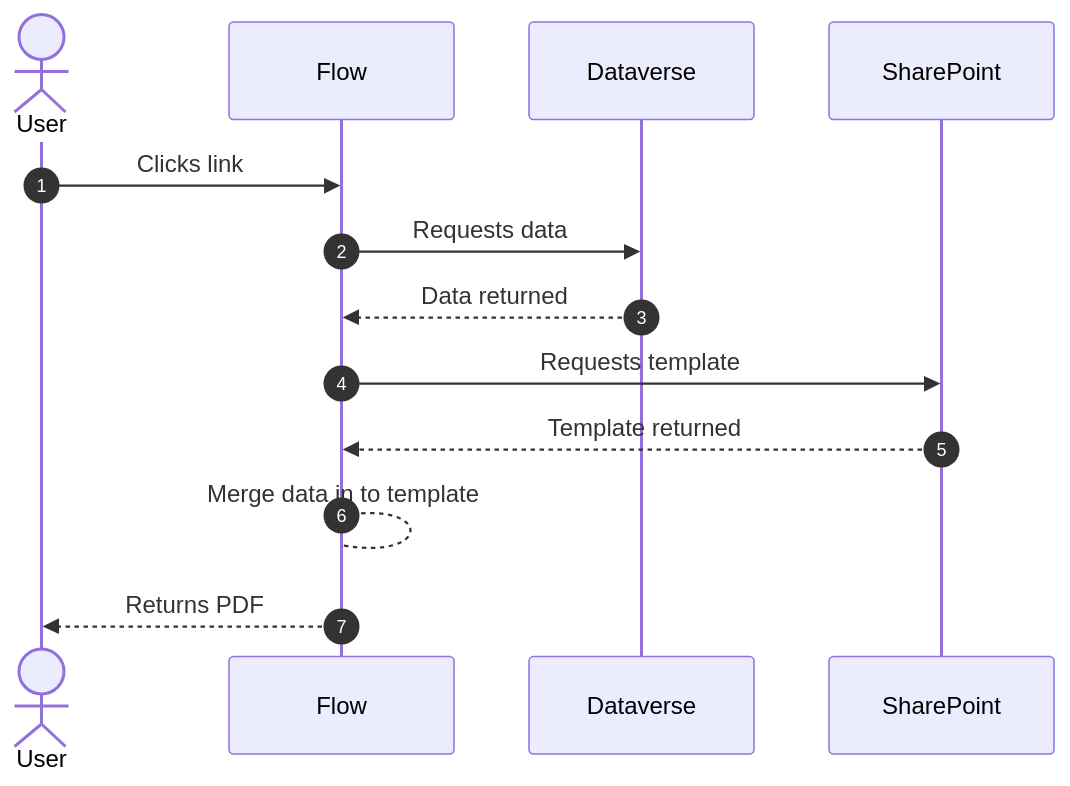
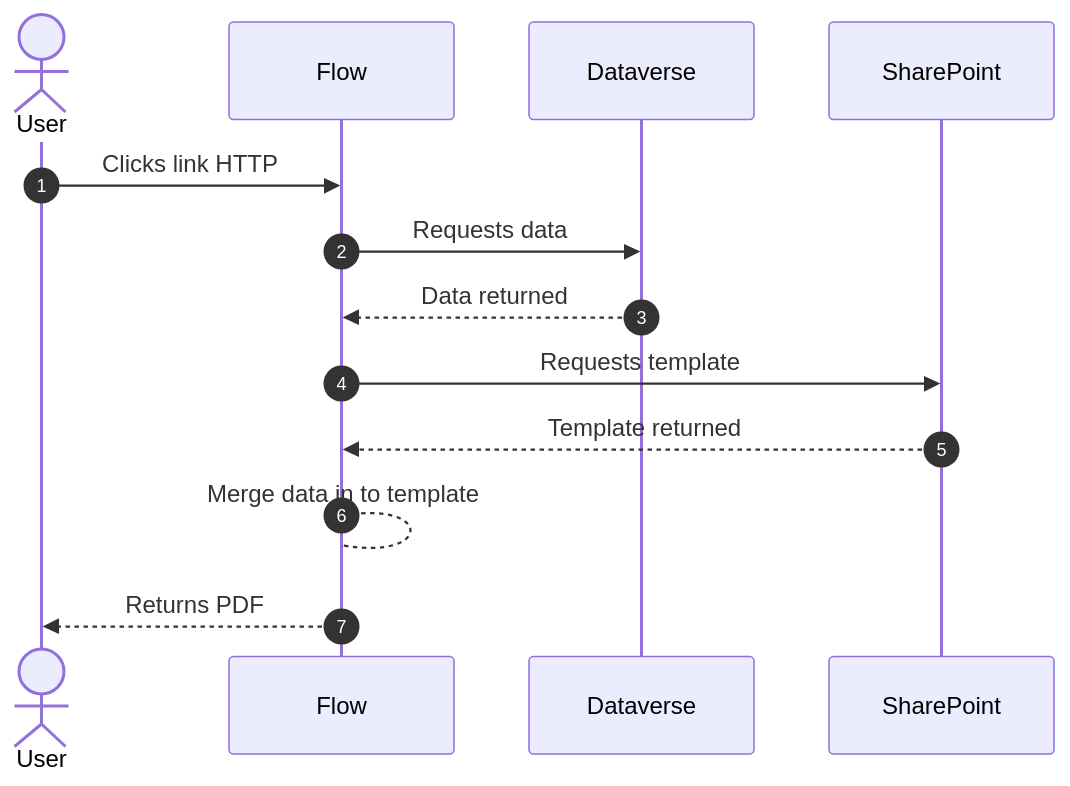
Before and after one commit to itweedie/itweedie.github.io: the second of 6 diagrams in content/flowProxy/240917-M365UG/_index.md, drawn with Mermaid. The commit also changed other lines of this file and 47 other files, not shown here.

```diff
--- a/content/flowProxy/240917-M365UG/_index.md
+++ b/content/flowProxy/240917-M365UG/_index.md
@@ -248,12 +338,12 @@
 {{< mermaid >}}
 sequenceDiagram
     autonumber
     actor User
-    User->>Flow: Clicks link
+    User->>Flow: Clicks link HTTP
     Flow->>Dataverse: Requests data
     Dataverse-->>Flow: Data returned
     Flow->>SharePoint: Requests template
     SharePoint-->>Flow: Template returned
     Flow-->Flow: Merge data in to template
     Flow-->>User: Returns PDF
 {{< /mermaid >}}
```
